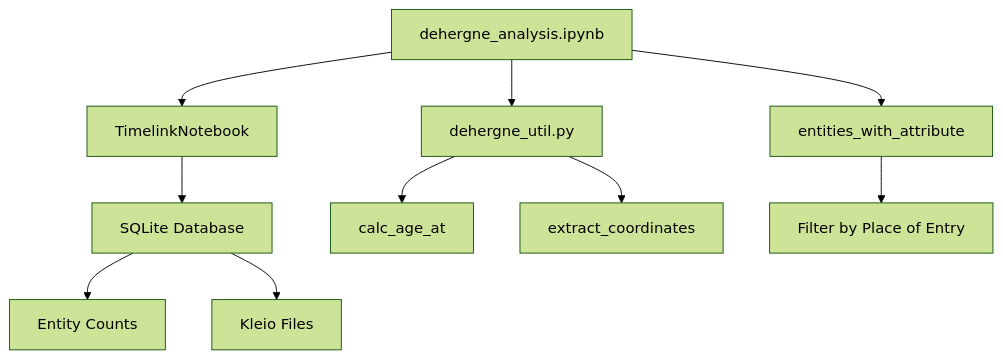
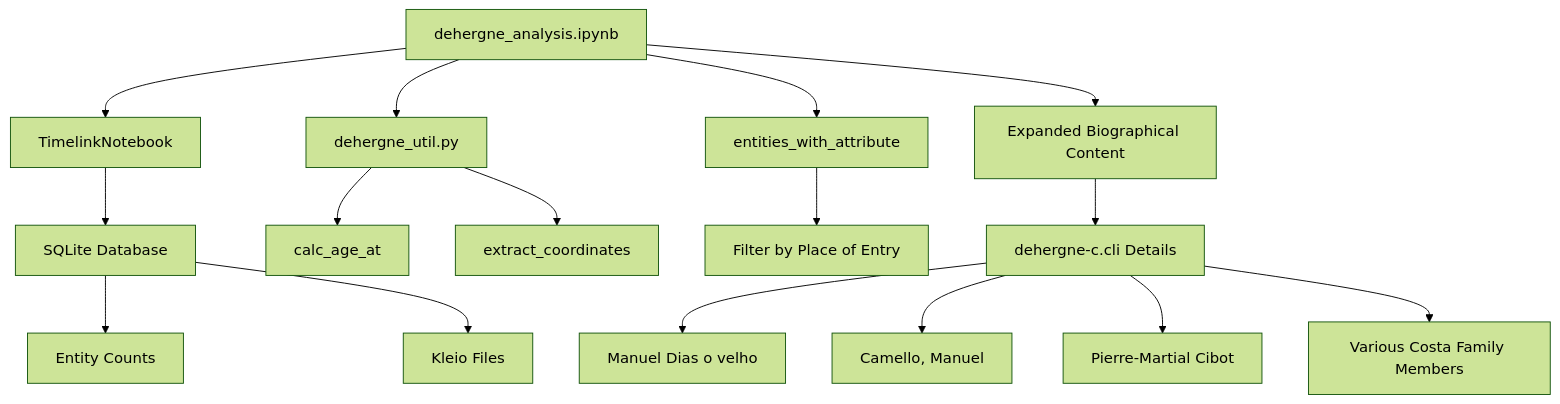
One commit to joaquimrcarvalho/dehergne-locations changed the diagram in .qoder/repowiki/en/content/Analysis Tools/Biographical Analysis.md. Above: the diagram before and after it, drawn with Mermaid (forest theme). The commit also changed other lines of this file and 8 other files, not shown here.

````diff
--- a/.qoder/repowiki/en/content/Analysis Tools/Biographical Analysis.md
+++ b/.qoder/repowiki/en/content/Analysis Tools/Biographical Analysis.md
@@ -39,12 +49,18 @@
 ```mermaid
 graph TD
 A[dehergne_analysis.ipynb] --> B[TimelinkNotebook]
 B --> C[SQLite Database]
 C --> D[Entity Counts]
 C --> E[Kleio Files]
 A --> F[dehergne_util.py]
 F --> G[calc_age_at]
 F --> H[extract_coordinates]
 A --> I[entities_with_attribute]
 I --> J[Filter by Place of Entry]
+A --> K[Expanded Biographical Content]
+K --> L[dehergne-c.cli Details]
+L --> M[Manuel Dias o velho]
+L --> N[Camello, Manuel]
+L --> O[Pierre-Martial Cibot]
+L --> P[Various Costa Family Members]
 ```
````
